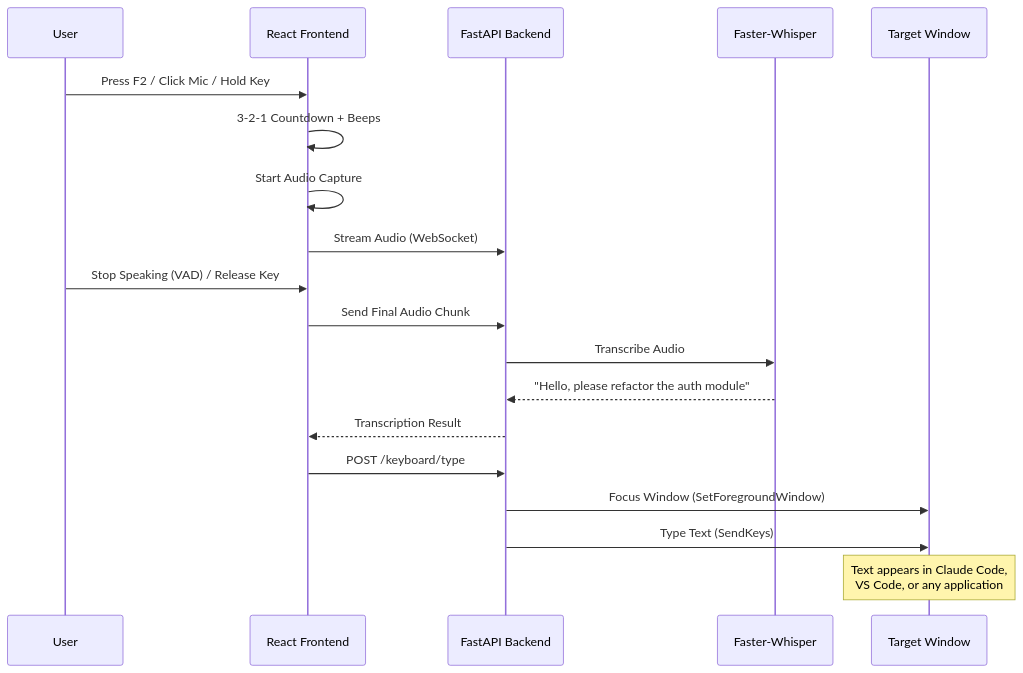
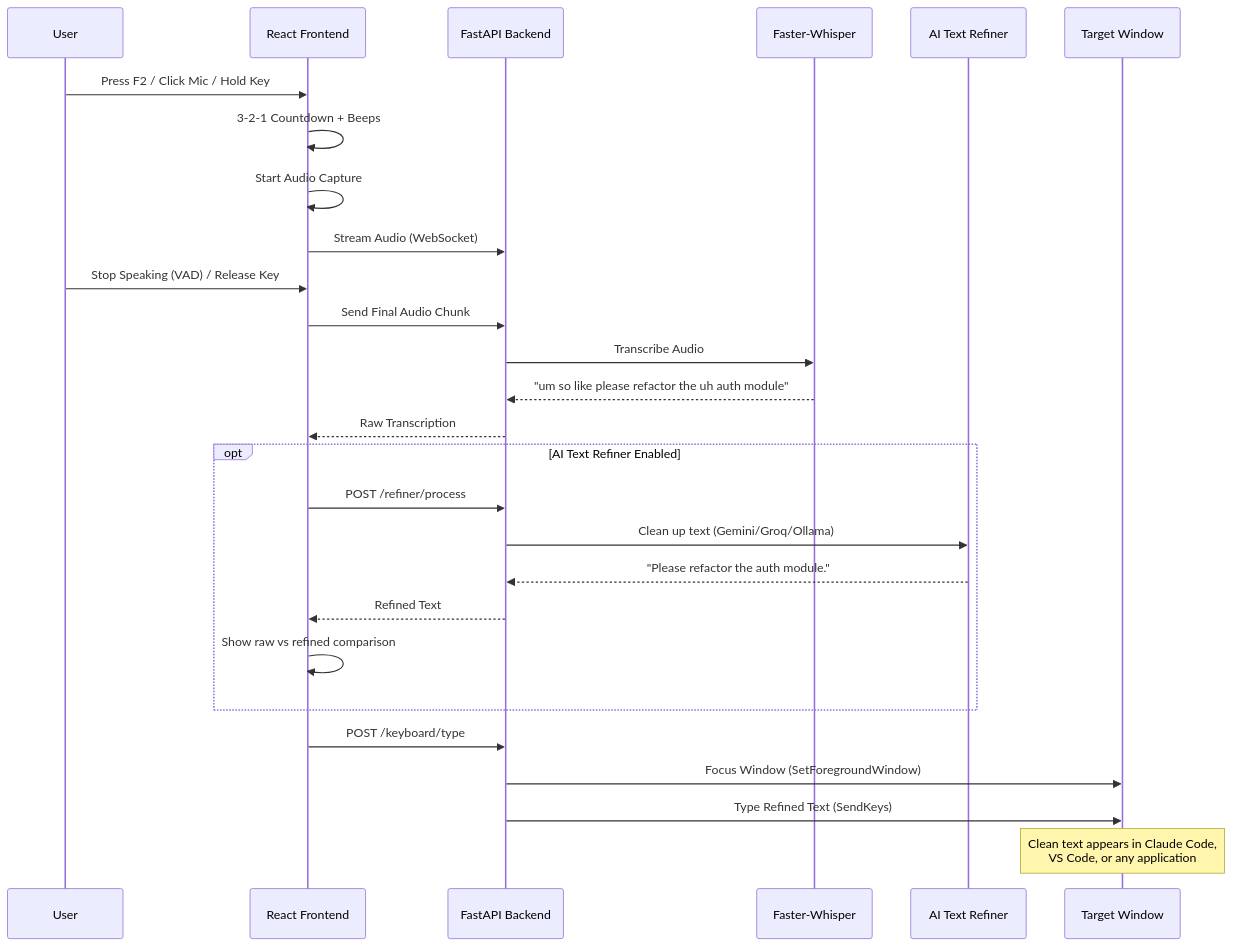
One commit to BACON-AI-CLOUD/bacon-ai-speech-to-text changed the third of 5 diagrams in README.md. Above: the diagram before and after it, drawn with Mermaid. The commit also changed other lines of this file, not shown here.

First line of the commit message:
docs: update README for v1.1 AI Text Refiner and vibe coding workflow

````diff
--- a/README.md
+++ b/README.md
@@ -176,25 +205,34 @@
 ```mermaid
 sequenceDiagram
     participant User
     participant Browser as React Frontend
     participant Backend as FastAPI Backend
     participant Whisper as Faster-Whisper
+    participant Refiner as AI Text Refiner
     participant Target as Target Window
 
     User->>Browser: Press F2 / Click Mic / Hold Key
     Browser->>Browser: 3-2-1 Countdown + Beeps
     Browser->>Browser: Start Audio Capture
     Browser->>Backend: Stream Audio (WebSocket)
 
     User->>Browser: Stop Speaking (VAD) / Release Key
     Browser->>Backend: Send Final Audio Chunk
     Backend->>Whisper: Transcribe Audio
-    Whisper-->>Backend: "Hello, please refactor the auth module"
-    Backend-->>Browser: Transcription Result
+    Whisper-->>Backend: "um so like please refactor the uh auth module"
+    Backend-->>Browser: Raw Transcription
+
+    opt AI Text Refiner Enabled
+        Browser->>Backend: POST /refiner/process
+        Backend->>Refiner: Clean up text (Gemini/Groq/Ollama)
+        Refiner-->>Backend: "Please refactor the auth module."
+        Backend-->>Browser: Refined Text
+        Browser->>Browser: Show raw vs refined comparison
+    end
 
     Browser->>Backend: POST /keyboard/type
     Backend->>Target: Focus Window (SetForegroundWindow)
-    Backend->>Target: Type Text (SendKeys)
+    Backend->>Target: Type Refined Text (SendKeys)
 
-    Note over Target: Text appears in Claude Code,<br/>VS Code, or any application
+    Note over Target: Clean text appears in Claude Code,<br/>VS Code, or any application
 ```
````
